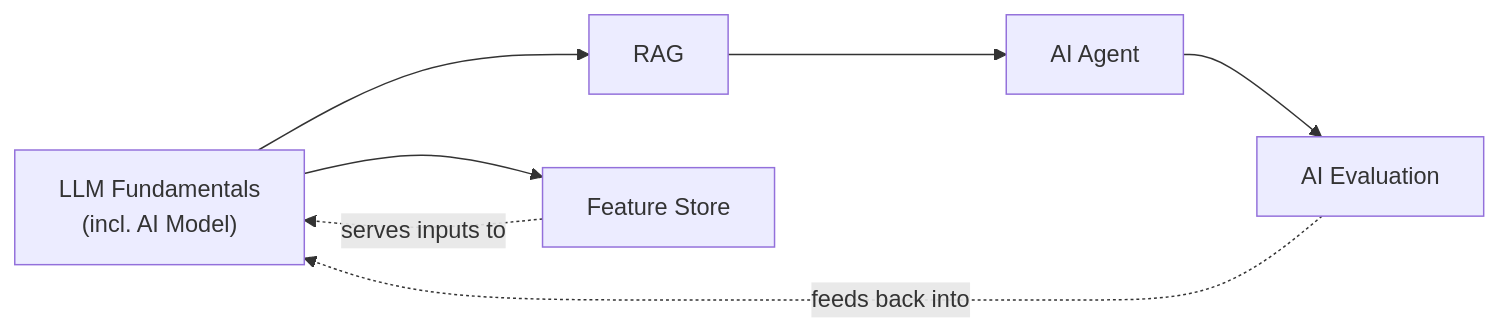
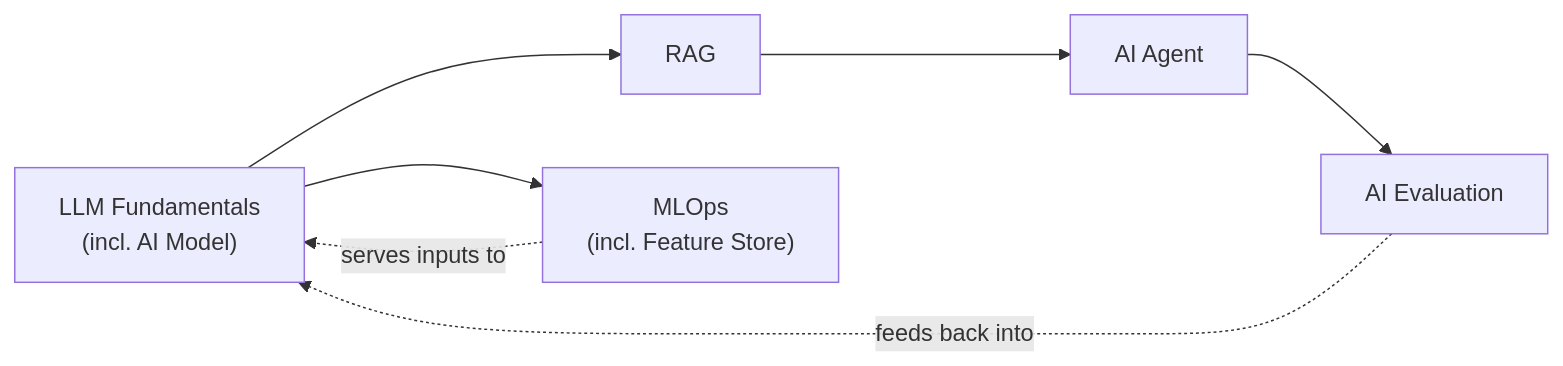
One commit to flynn3103/engineer-knowledge changed the diagram in ai-engineering/README.md. Above: the diagram before and after it, drawn with Mermaid. The commit also changed other lines of this file and 17 other files, not shown here.

First line of the commit message:
Add MLOps section with Feature Store, placeholder subtopics for the rest

````diff
--- a/ai-engineering/README.md
+++ b/ai-engineering/README.md
@@ -7,9 +7,9 @@
 ```mermaid
 flowchart LR
     Fund["LLM Fundamentals<br/>(incl. AI Model)"] --> Rag["RAG"]
     Rag --> Agent["AI Agent"]
     Agent --> Eval["AI Evaluation"]
     Eval -.->|feeds back into| Fund
-    Fund --> Store["Feature Store"]
-    Store -.->|serves inputs to| Fund
+    Fund --> Ops["MLOps<br/>(incl. Feature Store)"]
+    Ops -.->|serves inputs to| Fund
 ```
````
